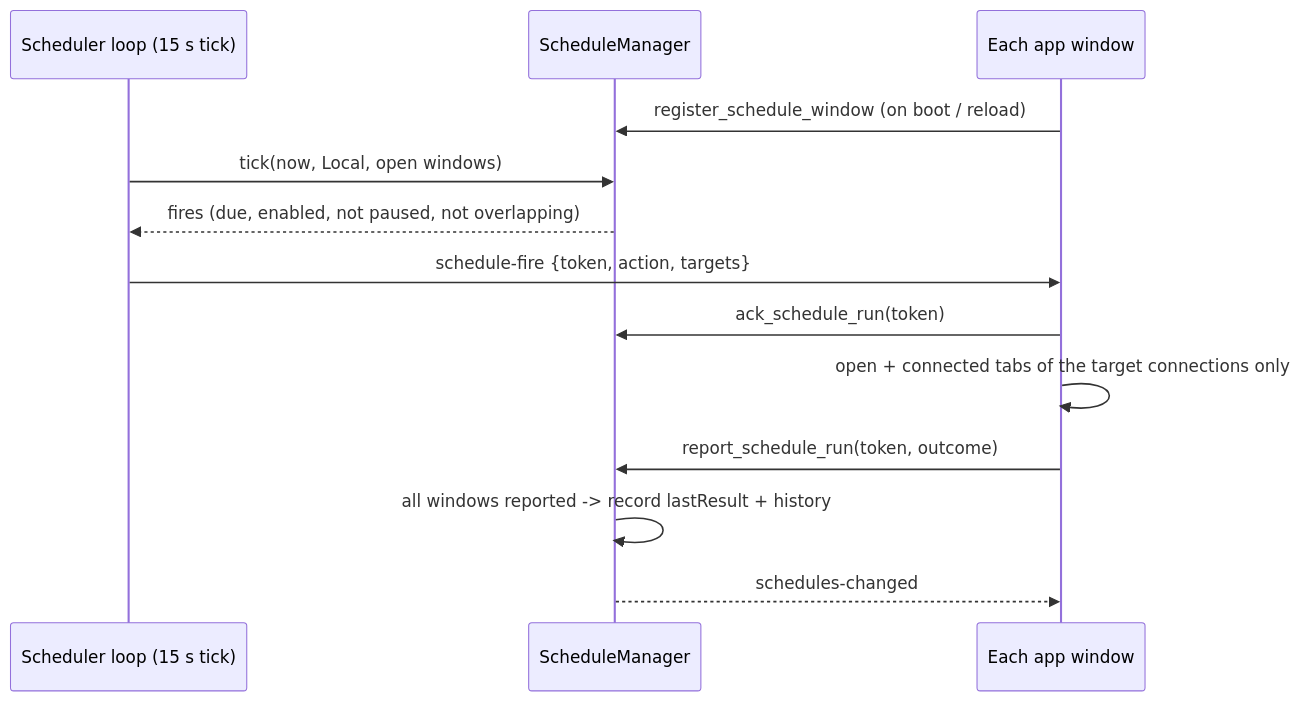
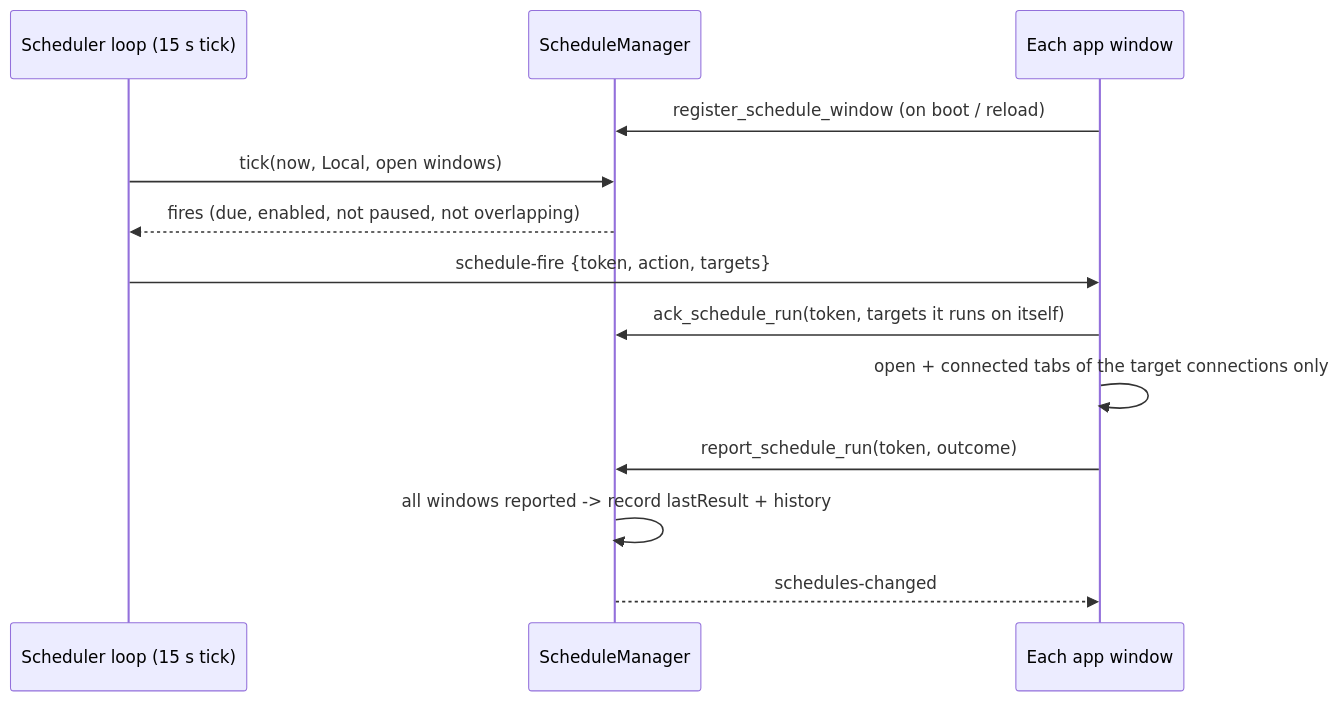
One commit to armaxri/termiHub changed diagram 30 of 36 in docs/architecture.md. Above: the diagram before and after it, drawn with Mermaid. The commit also changed other lines of this file and 7 other files, not shown here.

````diff
--- a/docs/architecture.md
+++ b/docs/architecture.md
@@ -1630,15 +1630,15 @@
 ```mermaid
 sequenceDiagram
     participant L as Scheduler loop (15 s tick)
     participant M as ScheduleManager
     participant W as Each app window
     W->>M: register_schedule_window (on boot / reload)
     L->>M: tick(now, Local, open windows)
     M-->>L: fires (due, enabled, not paused, not overlapping)
     L->>W: schedule-fire {token, action, targets}
-    W->>M: ack_schedule_run(token)
+    W->>M: ack_schedule_run(token, targets it runs on itself)
     W->>W: open + connected tabs of the target connections only
     W->>M: report_schedule_run(token, outcome)
     M->>M: all windows reported -> record lastResult + history
     M-->>W: schedules-changed
 ```
````
